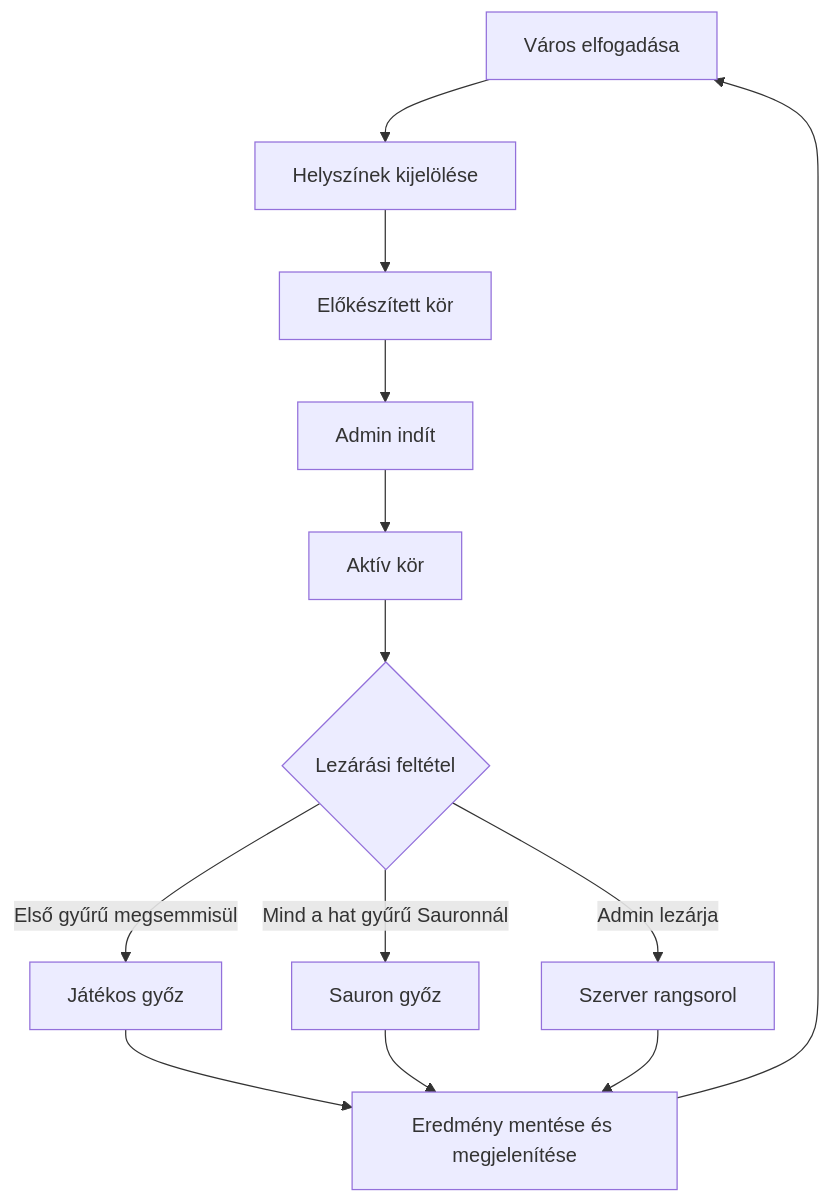
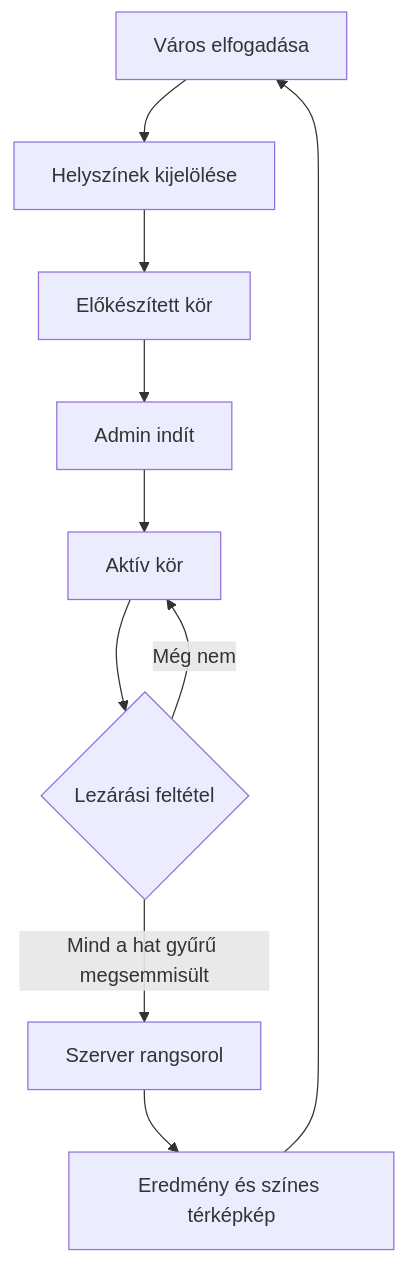
One commit to ngynrbrt-prog/szuper-titkos-szovetseg changed the second of 6 diagrams in docs/TERVDOKUMENTUM.md. Above: the diagram before and after it, drawn with Mermaid. The commit also changed other lines of this file and 25 other files, not shown here.

````diff
--- a/docs/TERVDOKUMENTUM.md
+++ b/docs/TERVDOKUMENTUM.md
@@ -90,15 +96,12 @@
 ```mermaid
 flowchart TD
   A[Város elfogadása] --> B[Helyszínek kijelölése]
   B --> C[Előkészített kör]
   C --> D[Admin indít]
   D --> E[Aktív kör]
   E --> F{Lezárási feltétel}
-  F -->|Első gyűrű megsemmisül| G[Játékos győz]
-  F -->|Mind a hat gyűrű Sauronnál| H[Sauron győz]
-  F -->|Admin lezárja| I[Szerver rangsorol]
-  G --> J[Eredmény mentése és megjelenítése]
-  H --> J
-  I --> J
+  F -->|Mind a hat gyűrű megsemmisült| I[Szerver rangsorol]
+  F -->|Még nem| E
+  I --> J[Eredmény és színes térképkép]
   J --> A
 ```
````
